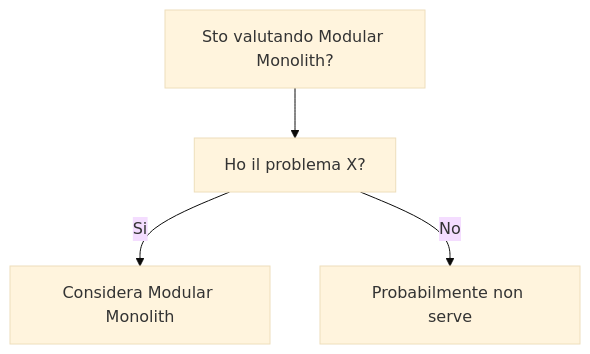
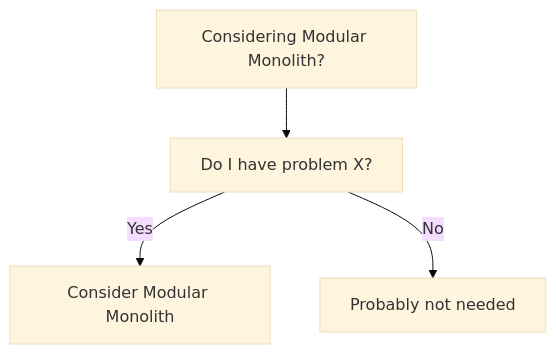
The diagram in dev-wiki/02_Architecture/Modular_Monolith/When_To_Use.md (HxT9/Software-Dev-Wiki), drawn with Mermaid (base theme) before and after one commit. The commit also changed other lines of this file and 3444 other files, not shown here.

````diff
--- a/dev-wiki/02_Architecture/Modular_Monolith/When_To_Use.md
+++ b/dev-wiki/02_Architecture/Modular_Monolith/When_To_Use.md
@@ -19,6 +19,6 @@
 ```mermaid
 flowchart TD
-  Q[Sto valutando Modular Monolith?] --> Q1[Ho il problema X?]
-  Q1 -->|Si| OK[Considera Modular Monolith]
-  Q1 -->|No| NO[Probabilmente non serve]
+  Q[Considering Modular Monolith?] --> Q1[Do I have problem X?]
+  Q1 -->|Yes| OK[Consider Modular Monolith]
+  Q1 -->|No| NO[Probably not needed]
 ```
````
